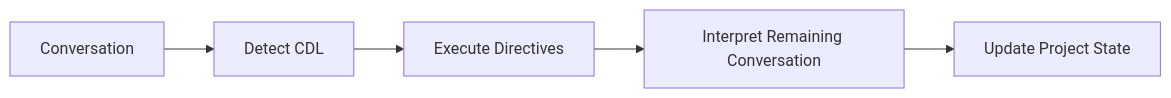
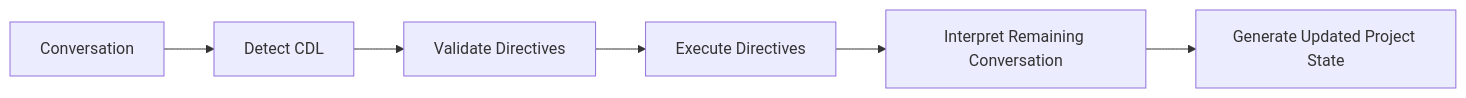
Before and after one commit to Guschd/CYSSI: the diagram in docs/CDL.md, drawn with Mermaid. The commit also changed other lines of this file, not shown here.

````diff
--- a/docs/CDL.md
+++ b/docs/CDL.md
@@ -55,17 +55,18 @@
 ```mermaid
 flowchart LR
 
 A[Conversation]
-
-A
 -->B[Detect CDL]
 
 B
--->C[Execute Directives]
+-->C[Validate Directives]
 
 C
--->D[Interpret Remaining Conversation]
+-->D[Execute Directives]
 
 D
--->E[Update Project State]
+-->E[Interpret Remaining Conversation]
+
+E
+-->F[Generate Updated Project State]
 ```
````
